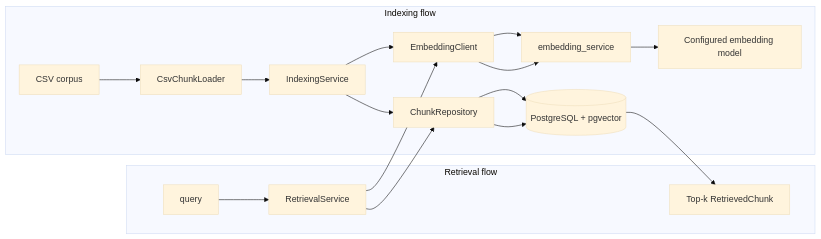
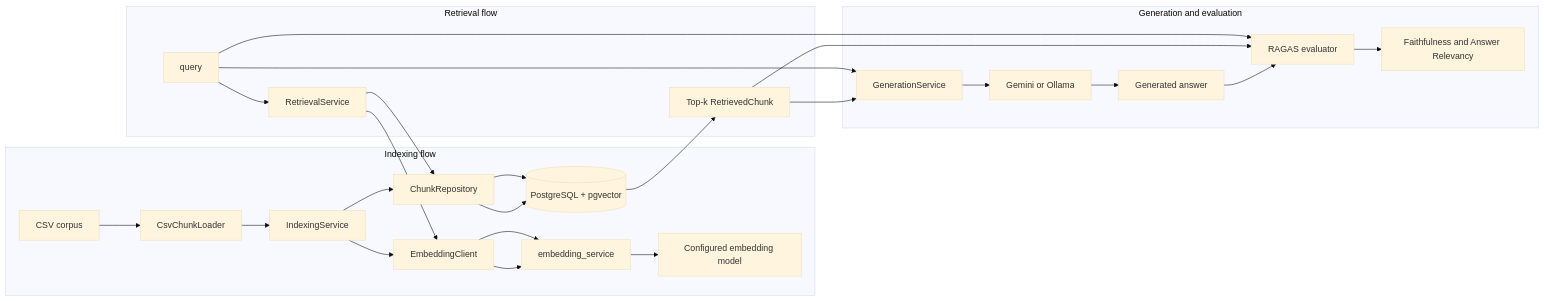
Before and after one commit to chrabek1/rag-evaluation-pipeline: the diagram in README.md, drawn with Mermaid (base theme). The commit also changed other lines of this file and 37 other files, not shown here.

Commit message:
feat: add generation services and RAGAS evaluators

````diff
--- a/README.md
+++ b/README.md
@@ -33,21 +33,32 @@
 ```mermaid
 flowchart LR
   subgraph INDEXING_FLOW [Indexing flow]
     A[CSV corpus] --> B[CsvChunkLoader]
     B --> C[IndexingService]
     C --> D[EmbeddingClient]
     D --> E[embedding_service]
     E --> F[Configured embedding model]
     C --> G[ChunkRepository]
     G --> H[(PostgreSQL + pgvector)]
   end
 
   subgraph RETRIEVAL_FLOW [Retrieval flow]
     Q[query] --> R[RetrievalService]
     R --> D
     D --> E
     R --> G
     G --> H
     H --> T[Top-k RetrievedChunk]
   end
+
+  subgraph GENERATION_FLOW [Generation and evaluation]
+    T --> GS[GenerationService]
+    Q --> GS
+    GS --> LLM[Gemini or Ollama]
+    LLM --> ANS[Generated answer]
+    ANS --> RAGAS[RAGAS evaluator]
+    T --> RAGAS
+    Q --> RAGAS
+    RAGAS --> GM[Faithfulness and Answer Relevancy]
+  end
 ```
````
